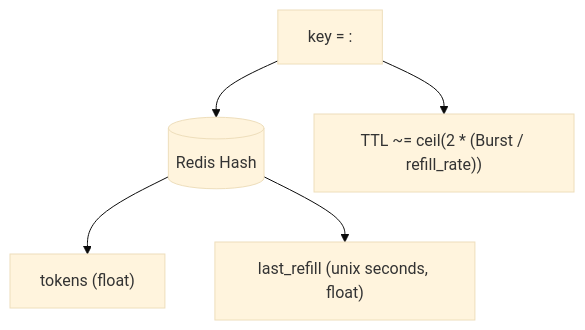
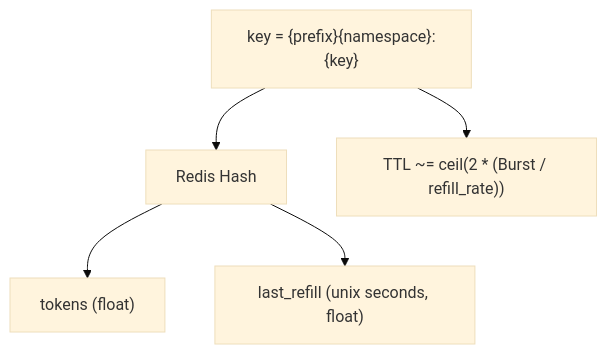
The fourth of 6 diagrams in README.md (manenim/gateway-rate-limiter), drawn with Mermaid (base theme) before and after one commit. The commit also changed other lines of this file and 3 other files, not shown here.

````diff
--- a/README.md
+++ b/README.md
@@ -253,7 +255,7 @@
 ```mermaid
 flowchart TD
-    K["key = <prefix><namespace>:<key>"] --> H[(Redis Hash)]
+    K["key = {prefix}{namespace}:{key}"] --> H["Redis Hash"]
     H --> T["tokens (float)"]
     H --> R["last_refill (unix seconds, float)"]
     K --> X["TTL ~= ceil(2 * (Burst / refill_rate))"]
 ```
````
